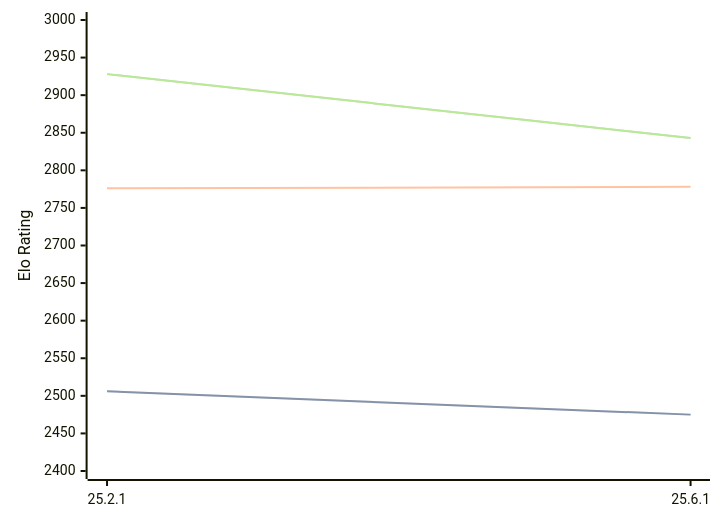
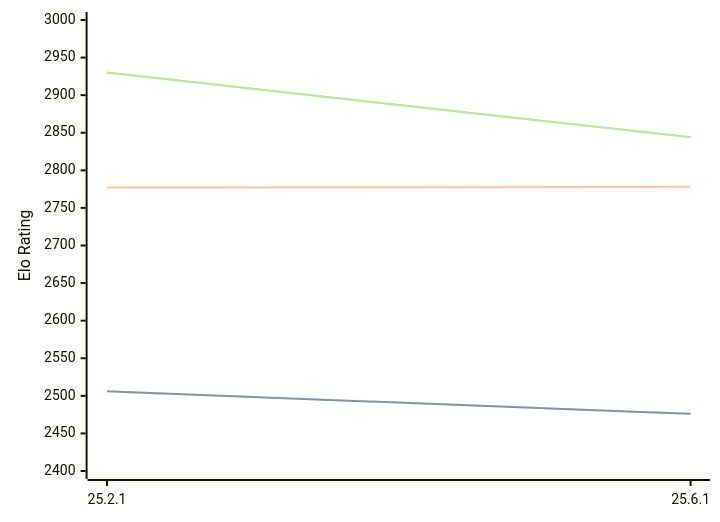
One commit to computer-chess-index/cci changed the diagram in engines/Crafty.md. Above: the diagram before and after it, drawn with Mermaid. The commit also changed other lines of this file, not shown here.

Commit message:
Update CCI Ratings (ELO VLTC) - 2026-08-24

````diff
--- a/engines/Crafty.md
+++ b/engines/Crafty.md
@@ -32,11 +32,11 @@
 ```mermaid
 %%{init: {"theme":"base","themeVariables":{"seriesColors:['#a3a3a3','#222221','#faa371']}}}%%
 xychart-beta
   x-axis ["25.2.1", "25.6.1"]
   y-axis "Elo Rating" 2400 --> 3000
-  line "STC (8.0+0.08s)" [2506, 2475]
-  line "STC (8.0+0.08s)" [2506, 2475]
-  line "LTC (60.0+0.60s)" [2776, 2778]
-  line "VLTC (2m24s+1.12s)" [2928, 2843]
-  line "VLTC (2m24s+1.12s)" [2928, 2843]
+  line "STC (8.0+0.08s)" [2506, 2476]
+  line "STC (8.0+0.08s)" [2506, 2476]
+  line "LTC (60.0+0.60s)" [2777, 2778]
+  line "VLTC (2m24s+1.12s)" [2930, 2844]
+  line "VLTC (2m24s+1.12s)" [2930, 2844]
 ```
````
